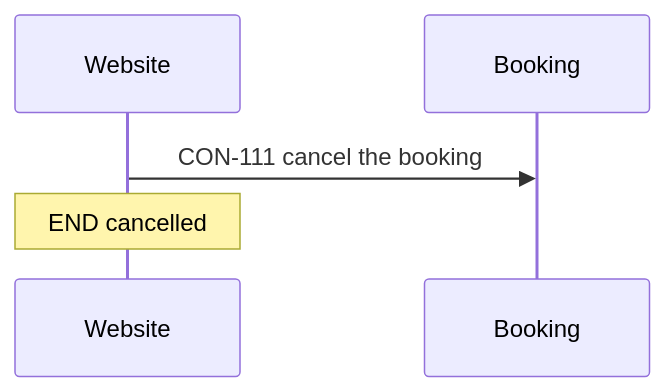
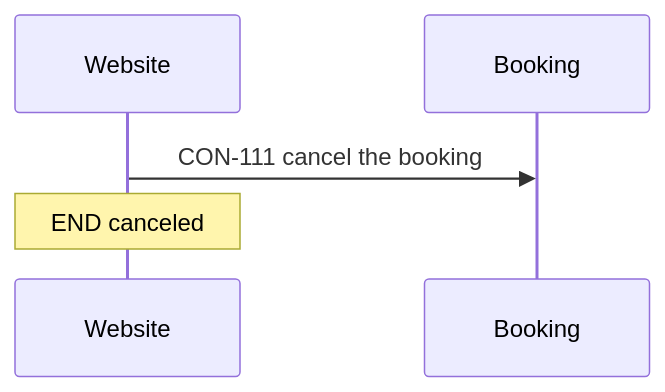
One commit to smalls257/vela changed the diagram in tests/fixtures/flowcheck/21-shared-race/06-runtime/flows/FLO-212-cancel.md. Above: the diagram before and after it, drawn with Mermaid. The commit also changed other lines of this file and 236 other files, not shown here.

````diff
--- a/tests/fixtures/flowcheck/21-shared-race/06-runtime/flows/FLO-212-cancel.md
+++ b/tests/fixtures/flowcheck/21-shared-race/06-runtime/flows/FLO-212-cancel.md
@@ -10,7 +10,7 @@
 ```mermaid
 sequenceDiagram
 participant C as Website
 participant B as Booking
 C->>B: CON-111 cancel the booking
-Note over C: END cancelled
+Note over C: END canceled
 ```
````
